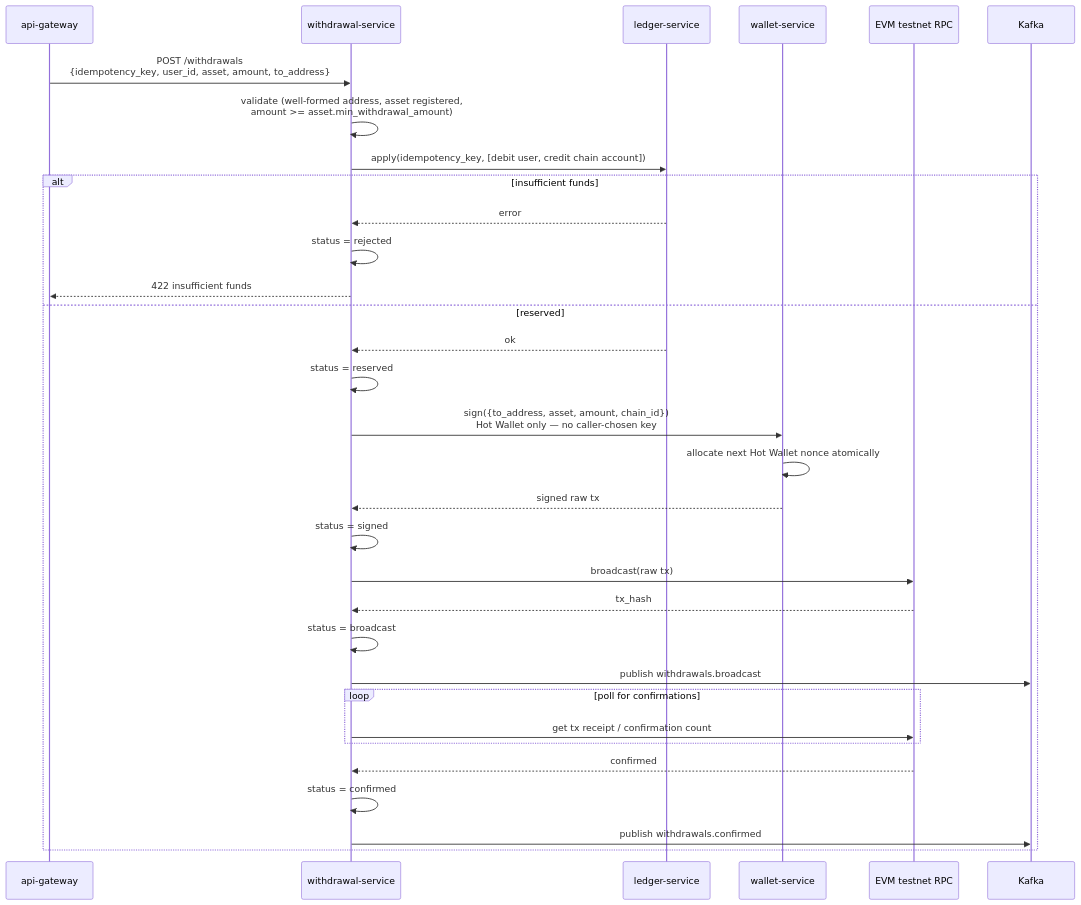
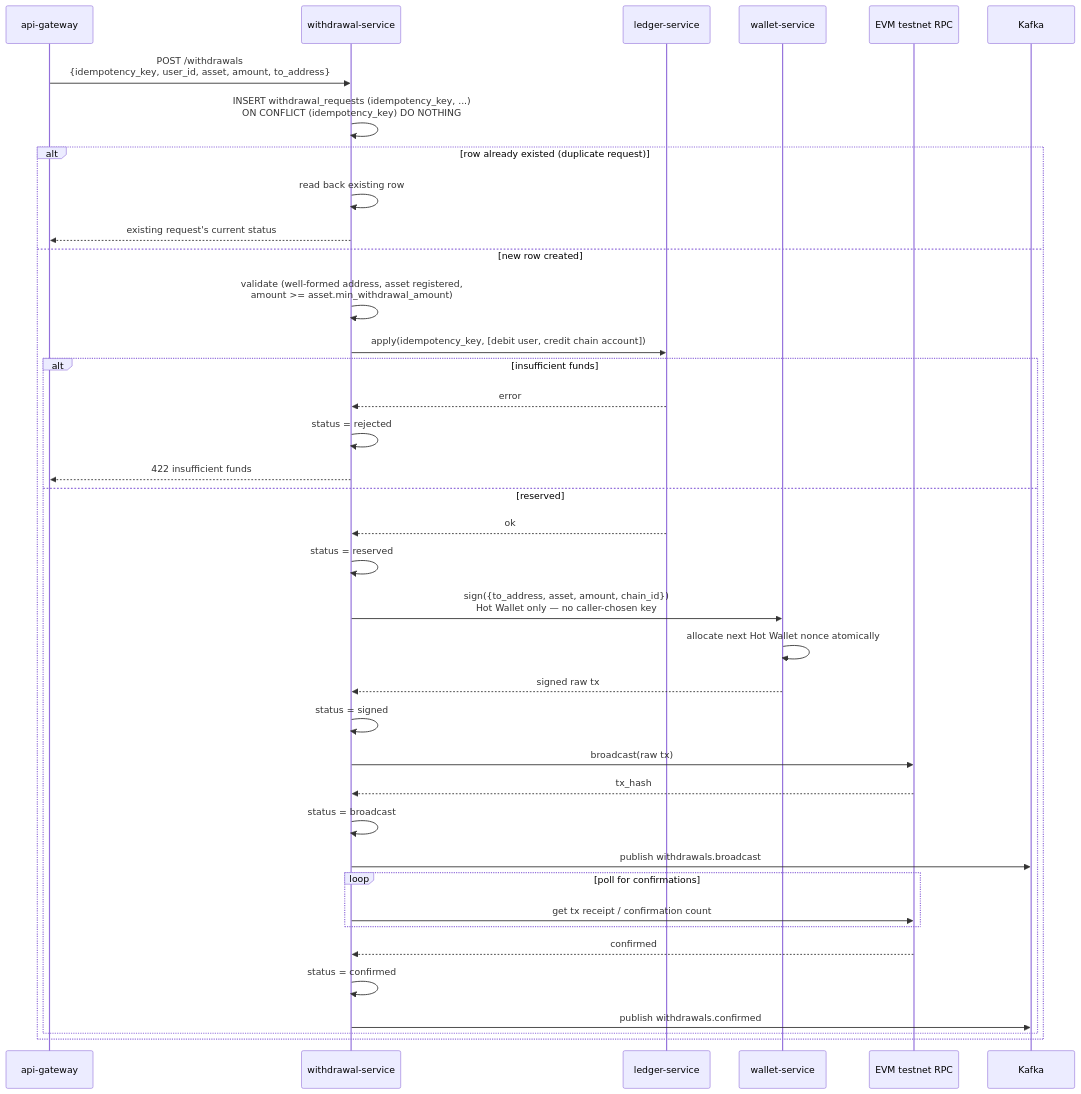
The first of 2 diagrams in docs/design/withdrawal-flow.md (VuKhuongDuy/DigiWal), drawn with Mermaid before and after one commit. The commit also changed other lines of this file and 1 other file, not shown here.

````diff
--- a/docs/design/withdrawal-flow.md
+++ b/docs/design/withdrawal-flow.md
@@ -151,35 +176,41 @@
 ```mermaid
 sequenceDiagram
     participant Gateway as api-gateway
     participant WD as withdrawal-service
     participant Ledger as ledger-service
     participant Wallet as wallet-service
     participant RPC as EVM testnet RPC
     participant Kafka
 
     Gateway->>WD: POST /withdrawals<br/>{idempotency_key, user_id, asset, amount, to_address}
-    WD->>WD: validate (well-formed address, asset registered,<br/>amount >= asset.min_withdrawal_amount)
-    WD->>Ledger: apply(idempotency_key, [debit user, credit chain account])
-    alt insufficient funds
-        Ledger-->>WD: error
-        WD->>WD: status = rejected
-        WD-->>Gateway: 422 insufficient funds
-    else reserved
-        Ledger-->>WD: ok
-        WD->>WD: status = reserved
-        WD->>Wallet: sign({to_address, asset, amount, chain_id})<br/>Hot Wallet only — no caller-chosen key
-        Wallet->>Wallet: allocate next Hot Wallet nonce atomically
-        Wallet-->>WD: signed raw tx
-        WD->>WD: status = signed
-        WD->>RPC: broadcast(raw tx)
-        RPC-->>WD: tx_hash
-        WD->>WD: status = broadcast
-        WD->>Kafka: publish withdrawals.broadcast
-        loop poll for confirmations
-            WD->>RPC: get tx receipt / confirmation count
+    WD->>WD: INSERT withdrawal_requests (idempotency_key, ...)<br/>ON CONFLICT (idempotency_key) DO NOTHING
+    alt row already existed (duplicate request)
+        WD->>WD: read back existing row
+        WD-->>Gateway: existing request's current status
+    else new row created
+        WD->>WD: validate (well-formed address, asset registered,<br/>amount >= asset.min_withdrawal_amount)
+        WD->>Ledger: apply(idempotency_key, [debit user, credit chain account])
+        alt insufficient funds
+            Ledger-->>WD: error
+            WD->>WD: status = rejected
+            WD-->>Gateway: 422 insufficient funds
+        else reserved
+            Ledger-->>WD: ok
+            WD->>WD: status = reserved
+            WD->>Wallet: sign({to_address, asset, amount, chain_id})<br/>Hot Wallet only — no caller-chosen key
+            Wallet->>Wallet: allocate next Hot Wallet nonce atomically
+            Wallet-->>WD: signed raw tx
+            WD->>WD: status = signed
+            WD->>RPC: broadcast(raw tx)
+            RPC-->>WD: tx_hash
+            WD->>WD: status = broadcast
+            WD->>Kafka: publish withdrawals.broadcast
+            loop poll for confirmations
+                WD->>RPC: get tx receipt / confirmation count
+            end
+            RPC-->>WD: confirmed
+            WD->>WD: status = confirmed
+            WD->>Kafka: publish withdrawals.confirmed
         end
-        RPC-->>WD: confirmed
-        WD->>WD: status = confirmed
-        WD->>Kafka: publish withdrawals.confirmed
     end
 ```
````
